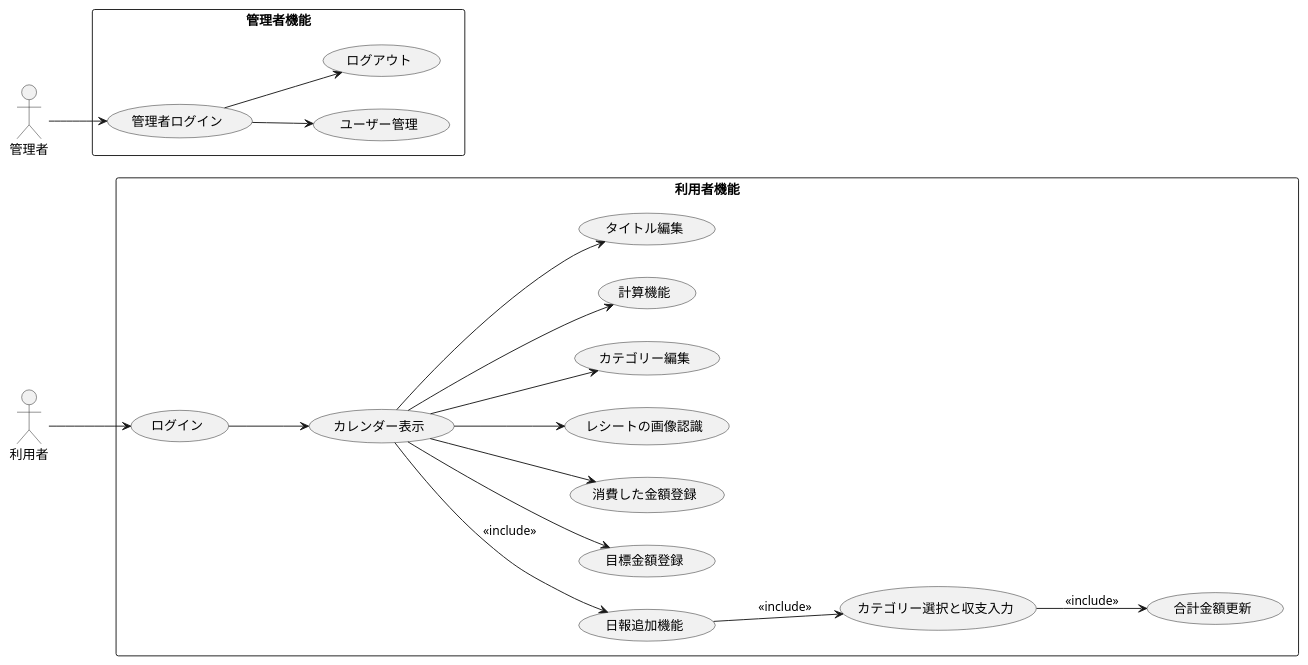
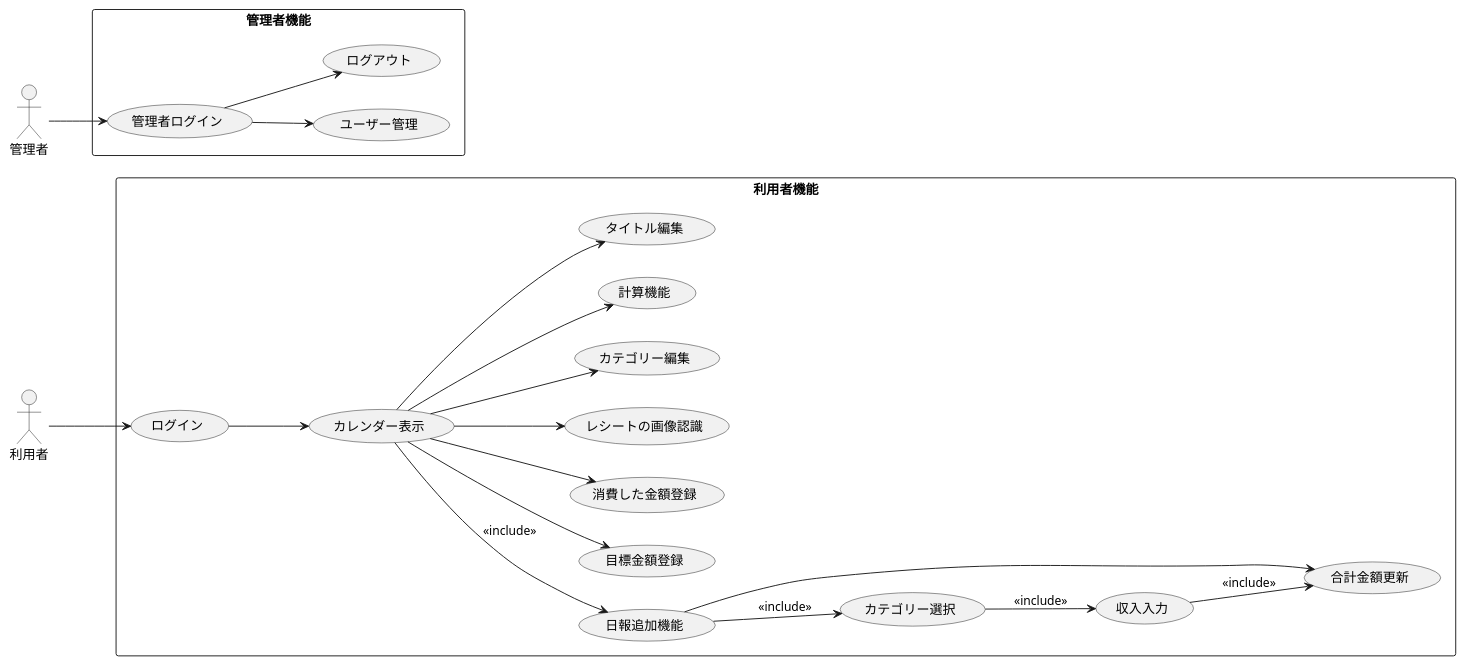
The diagram in test.pu (masakan590/uml-introduction), drawn with PlantUML before and after one commit.

Commit message:
追加

```diff
--- a/test.pu
+++ b/test.pu
@@ -1,48 +1,50 @@
 @startuml
 left to right direction
 actor 利用者 as user
 actor 管理者 as admin
 
 rectangle 利用者機能 {
   usecase ログイン as login
   usecase カレンダー表示 as show_calendar
   usecase 日報作成 as create_report
-  usecase カテゴリー選択と収支入力 as select_category_input
+  usecase カテゴリー選択 as select_category_input
+  usecase 収入入力 as sup_input
   usecase 合計金額更新 as update_total
   usecase 目標金額登録 as set_goal
   usecase 消費した金額登録 as add_expense
   usecase レシートの画像認識 as image_recognition
   usecase カテゴリー編集 as manage_category
   usecase 計算機能 as calculations
   usecase タイトル編集 as edit_title
   usecase 日報追加機能 as create_report
   
   
   user --> login
   login --> show_calendar
   show_calendar --> set_goal
   show_calendar --> add_expense
   show_calendar --> image_recognition
   show_calendar --> manage_category
   show_calendar --> calculations
   show_calendar --> edit_title
   show_calendar --> create_report :<<include>>
   create_report --> select_category_input :<<include>>
-  select_category_input --> update_total :<<include>>
-  
+  select_category_input --> sup_input :<<include>>
+  sup_input --> update_total :<<include>>
+  create_report --> update_total 
 }
 
 
 
 rectangle 管理者機能 {
   usecase 管理者ログイン as admin_login
   usecase ユーザー管理 as user_kan
   usecase ログアウト as account_logout
 
   admin --> admin_login
   admin_login --> user_kan
   admin_login --> account_logout
 }
 
 
 @enduml
```
